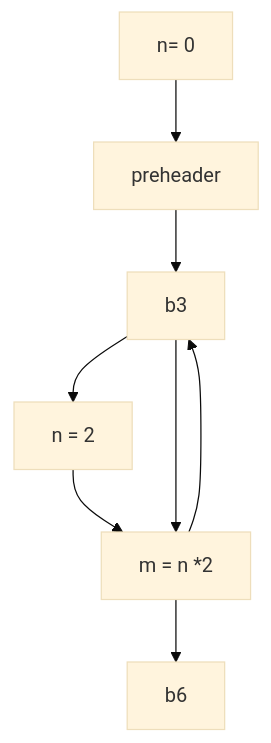
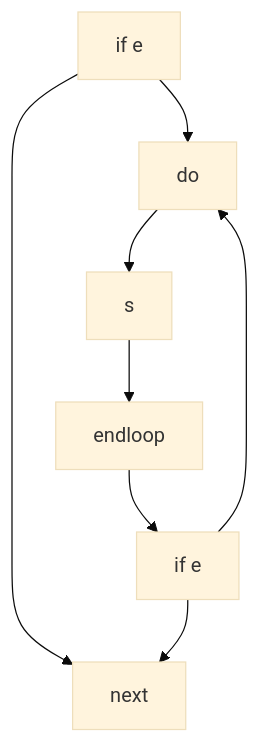
Before and after one commit to normrubin/normrubin.github.io: the third of 5 diagrams in lectures/05b_licm.qmd, drawn with Mermaid (base theme). The commit also changed other lines of this file and 2 other files, not shown here.

````diff
--- a/lectures/05b_licm.qmd
+++ b/lectures/05b_licm.qmd
@@ -88,18 +206,19 @@
 ```{mermaid}
 %%{init: {"flowchart": {"htmlLabels": false}} }%%
 
-graph TD
-   b1[" n= 0"]
-   p["preheader"]
-   b3
-   b4["n = 2"]
-   b5["m = n *2"]
-   b6
-   b1-->p
-   p--> b3
-   b3--> b4
-   b4--> b5
-   b3--> b5
-   b5--> b3
-   b5--> b6
+graph TB
+pretest["if e"]
+pretest-->next 
+do
+s
+endloop
+posttest["if e"]
+next
+pretest-->do
+do --> s
+s--> endloop
+endloop--> posttest
+posttest --> do
+posttest --> next
+
 ```
````
